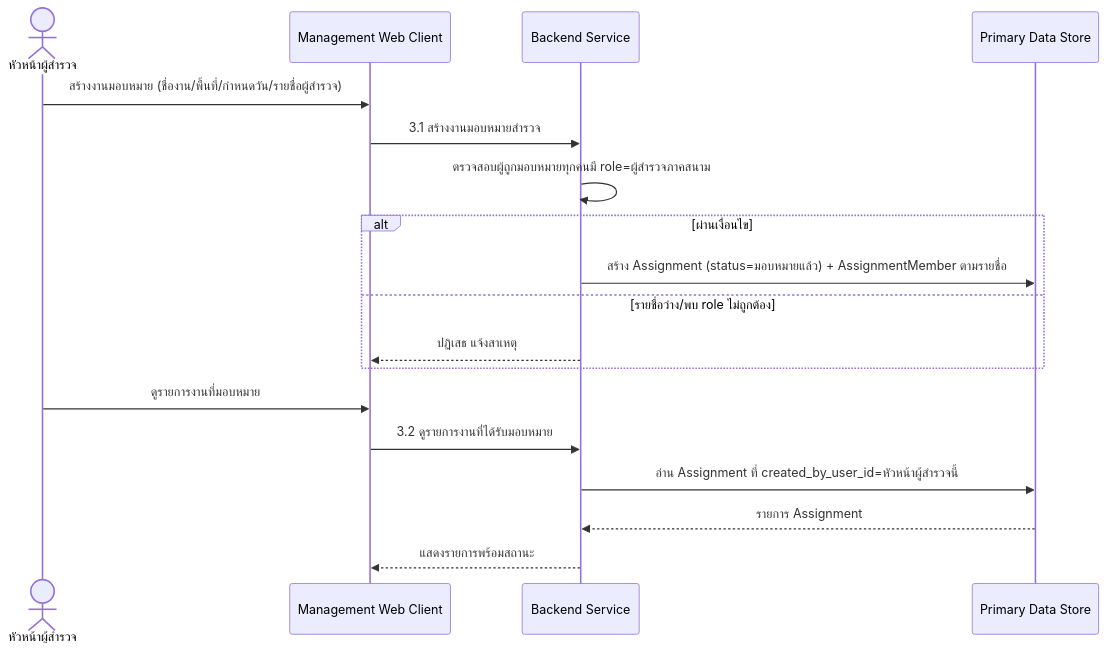
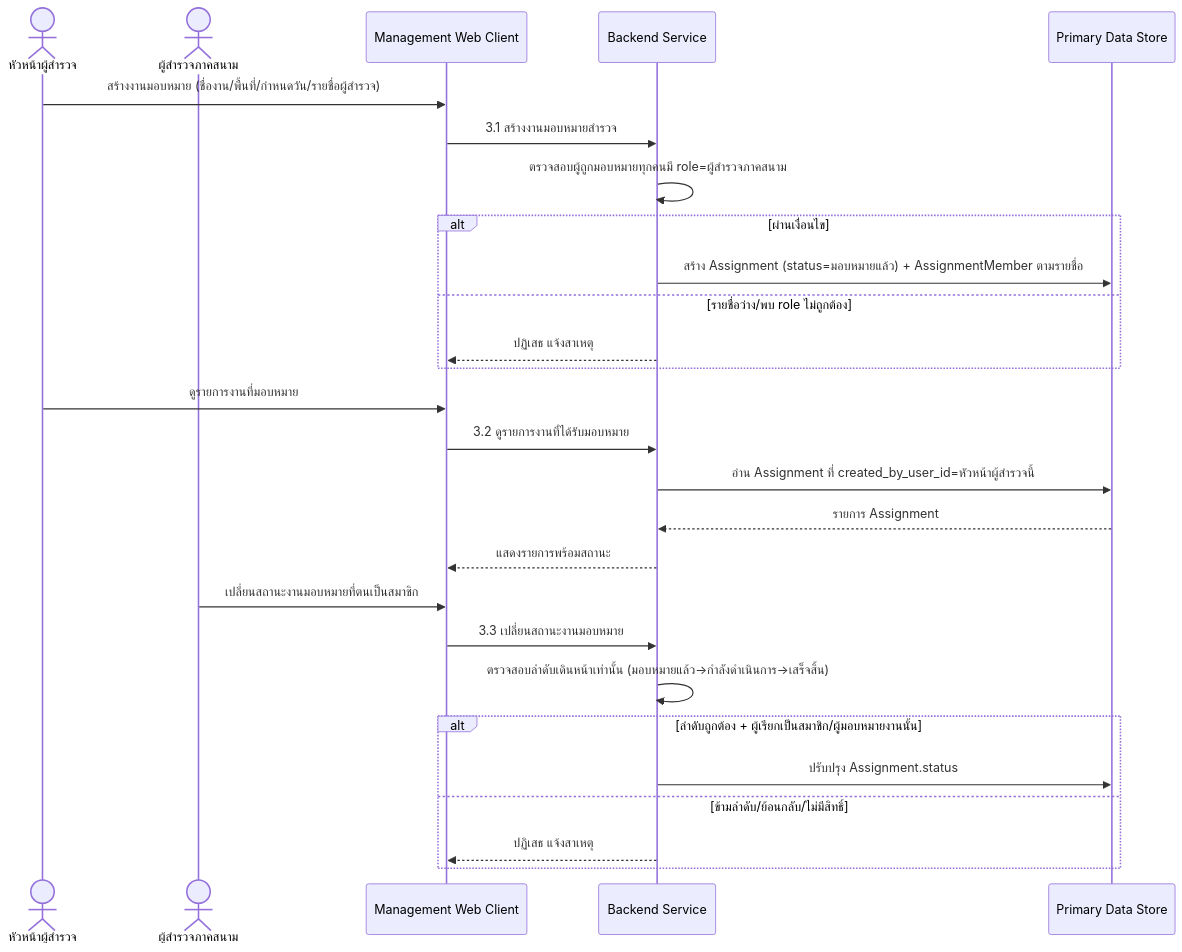
One commit to sirikorn-cmru/CrackAI-Field changed the first of 2 diagrams in docs/02-design/02-technical/detailed-design/team-assignment.md. Above: the diagram before and after it, drawn with Mermaid. The commit also changed other lines of this file and 11 other files, not shown here.

````diff
--- a/docs/02-design/02-technical/detailed-design/team-assignment.md
+++ b/docs/02-design/02-technical/detailed-design/team-assignment.md
@@ -9,22 +9,32 @@
 ```mermaid
 sequenceDiagram
     actor SL as หัวหน้าผู้สำรวจ
+    actor FS as ผู้สำรวจภาคสนาม
     participant MC as Management Web Client
     participant BE as Backend Service
     participant DB as Primary Data Store
 
     SL->>MC: สร้างงานมอบหมาย (ชื่องาน/พื้นที่/กำหนดวัน/รายชื่อผู้สำรวจ)
     MC->>BE: 3.1 สร้างงานมอบหมายสำรวจ
     BE->>BE: ตรวจสอบผู้ถูกมอบหมายทุกคนมี role=ผู้สำรวจภาคสนาม
     alt ผ่านเงื่อนไข
         BE->>DB: สร้าง Assignment (status=มอบหมายแล้ว) + AssignmentMember ตามรายชื่อ
     else รายชื่อว่าง/พบ role ไม่ถูกต้อง
         BE-->>MC: ปฏิเสธ แจ้งสาเหตุ
     end
 
     SL->>MC: ดูรายการงานที่มอบหมาย
     MC->>BE: 3.2 ดูรายการงานที่ได้รับมอบหมาย
     BE->>DB: อ่าน Assignment ที่ created_by_user_id=หัวหน้าผู้สำรวจนี้
     DB-->>BE: รายการ Assignment
     BE-->>MC: แสดงรายการพร้อมสถานะ
+
+    FS->>MC: เปลี่ยนสถานะงานมอบหมายที่ตนเป็นสมาชิก
+    MC->>BE: 3.3 เปลี่ยนสถานะงานมอบหมาย
+    BE->>BE: ตรวจสอบลำดับเดินหน้าเท่านั้น (มอบหมายแล้ว→กำลังดำเนินการ→เสร็จสิ้น)
+    alt ลำดับถูกต้อง + ผู้เรียกเป็นสมาชิก/ผู้มอบหมายงานนั้น
+        BE->>DB: ปรับปรุง Assignment.status
+    else ข้ามลำดับ/ย้อนกลับ/ไม่มีสิทธิ์
+        BE-->>MC: ปฏิเสธ แจ้งสาเหตุ
+    end
 ```
````
